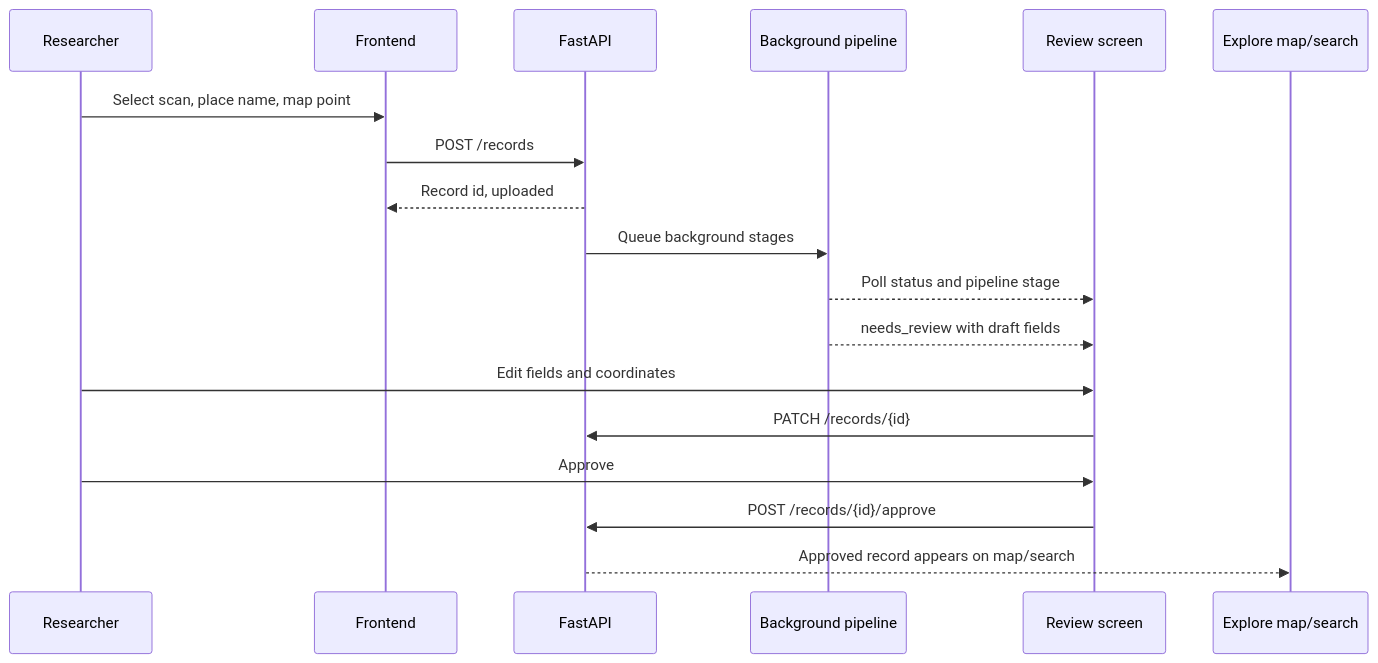
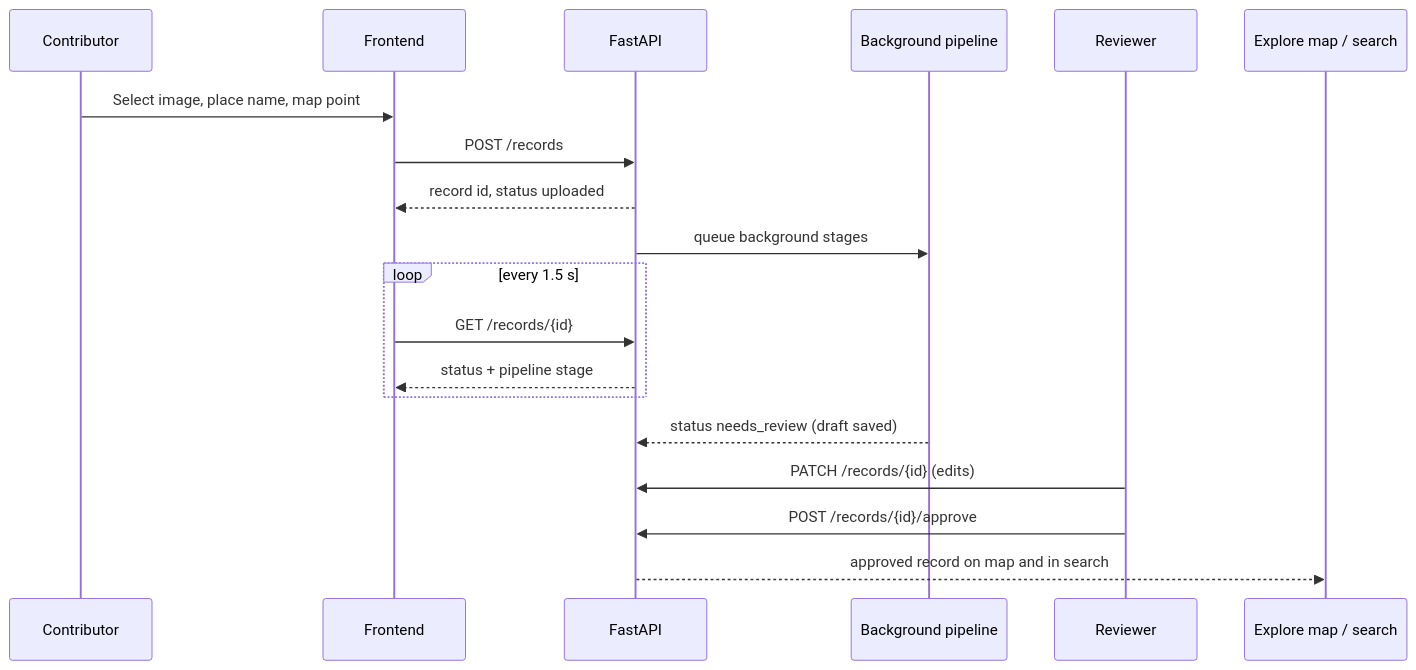
The third of 4 diagrams in README.md (bangoriyabhavya151107/Heritage-Atlas), drawn with Mermaid before and after one commit. The commit also changed other lines of this file, not shown here.

````diff
--- a/README.md
+++ b/README.md
@@ -31,20 +150,21 @@
 ```mermaid
 sequenceDiagram
-  participant U as Researcher
+  participant U as Contributor
   participant F as Frontend
   participant A as FastAPI
   participant P as Background pipeline
-  participant R as Review screen
-  participant M as Explore map/search
-  U->>F: Select scan, place name, map point
+  participant R as Reviewer
+  participant M as Explore map / search
+  U->>F: Select image, place name, map point
   F->>A: POST /records
-  A-->>F: Record id, uploaded
-  A->>P: Queue background stages
-  P-->>R: Poll status and pipeline stage
-  P-->>R: needs_review with draft fields
-  U->>R: Edit fields and coordinates
-  R->>A: PATCH /records/{id}
-  U->>R: Approve
+  A-->>F: record id, status uploaded
+  A->>P: queue background stages
+  loop every 1.5 s
+    F->>A: GET /records/{id}
+    A-->>F: status + pipeline stage
+  end
+  P-->>A: status needs_review (draft saved)
+  R->>A: PATCH /records/{id} (edits)
   R->>A: POST /records/{id}/approve
-  A-->>M: Approved record appears on map/search
+  A-->>M: approved record on map and in search
 ```
````
